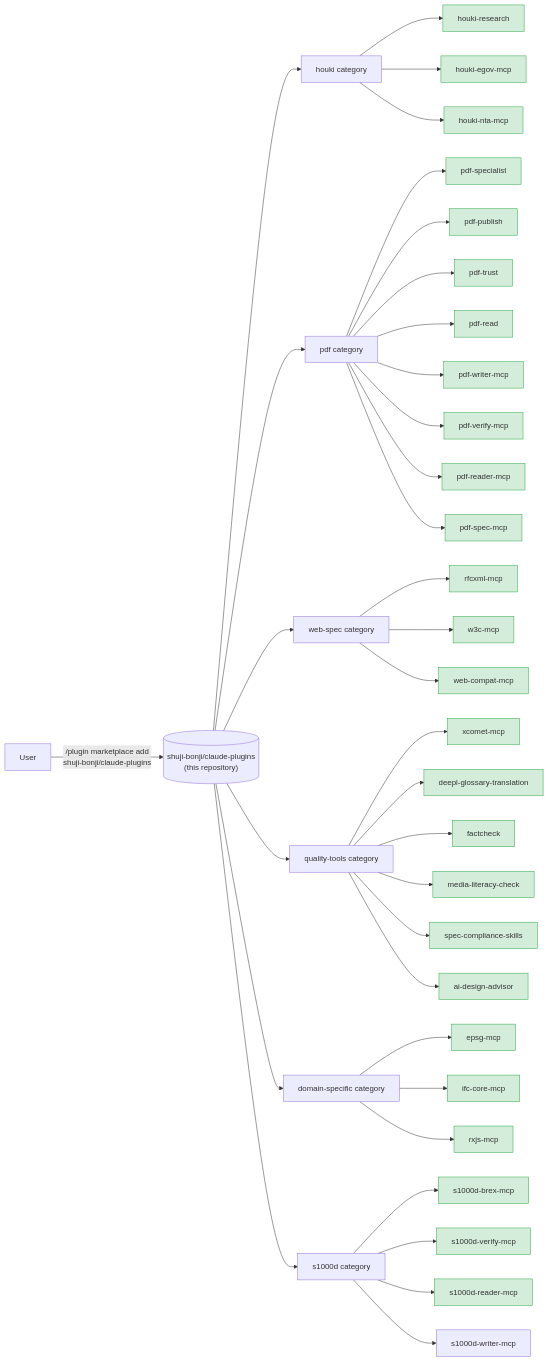
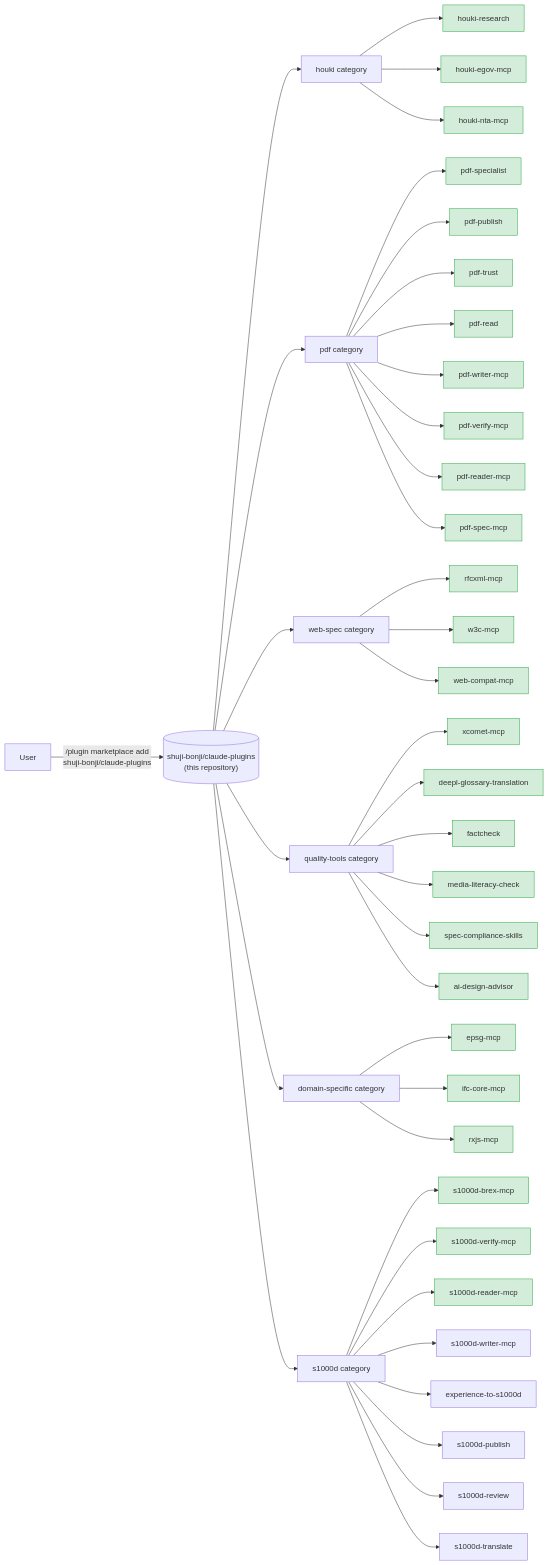
Before and after one commit to shuji-bonji/claude-plugins: the diagram in README.md, drawn with Mermaid. The commit also changed other lines of this file and 2 other files, not shown here.

Commit message:
chore: s1000d シリーズのSkillを追加

````diff
--- a/README.md
+++ b/README.md
@@ -13,47 +13,51 @@
 ```mermaid
 graph LR
   user["User"] -->|"/plugin marketplace add<br/>shuji-bonji/claude-plugins"| mp[("shuji-bonji/claude-plugins<br/>(this repository)")]
 
   mp --> houki[houki category]
   mp --> pdf[pdf category]
   mp --> webspec[web-spec category]
   mp --> quality[quality-tools category]
   mp --> domain[domain-specific category]
   mp --> s1000d[s1000d category]
 
   houki --> hr["houki-research"]
   houki --> hegov["houki-egov-mcp"]
   houki --> hnta["houki-nta-mcp"]
 
   pdf --> pspecial["pdf-specialist"]
   pdf --> ppub["pdf-publish"]
   pdf --> ptrust["pdf-trust"]
   pdf --> pread["pdf-read"]
   pdf --> pwriter["pdf-writer-mcp"]
   pdf --> pverify["pdf-verify-mcp"]
   pdf --> hpdf["pdf-reader-mcp"]
   pdf --> pspec["pdf-spec-mcp"]
 
   webspec --> rfcxml["rfcxml-mcp"]
   webspec --> w3c["w3c-mcp"]
   webspec --> webcompat["web-compat-mcp"]
 
   quality --> xcomet["xcomet-mcp"]
   quality --> deepl["deepl-glossary-translation"]
   quality --> fact["factcheck"]
   quality --> media["media-literacy-check"]
   quality --> speccomp["spec-compliance-skills"]
   quality --> aidesign["ai-design-advisor"]
 
   domain --> epsg["epsg-mcp"]
   domain --> ifc["ifc-core-mcp"]
   domain --> rxjs["rxjs-mcp"]
 
   s1000d --> sbrex["s1000d-brex-mcp"]
   s1000d --> sverify["s1000d-verify-mcp"]
   s1000d --> sreader["s1000d-reader-mcp"]
   s1000d --> swriter["s1000d-writer-mcp"]
+  s1000d --> se2s1000d["experience-to-s1000d"]
+  s1000d --> ss1000dpublish["s1000d-publish"]
+  s1000d --> ss1000dreview["s1000d-review"]
+  s1000d --> ss1000dtranslate["s1000d-translate"]
 
   classDef live fill:#d4edda,stroke:#28a745
   class hr,hegov,hnta,pspecial,ppub,ptrust,pread,pwriter,pverify,hpdf,pspec,rfcxml,w3c,webcompat,xcomet,deepl,fact,media,speccomp,aidesign,epsg,ifc,rxjs,sbrex,sverify,sreader live
 ```
````
